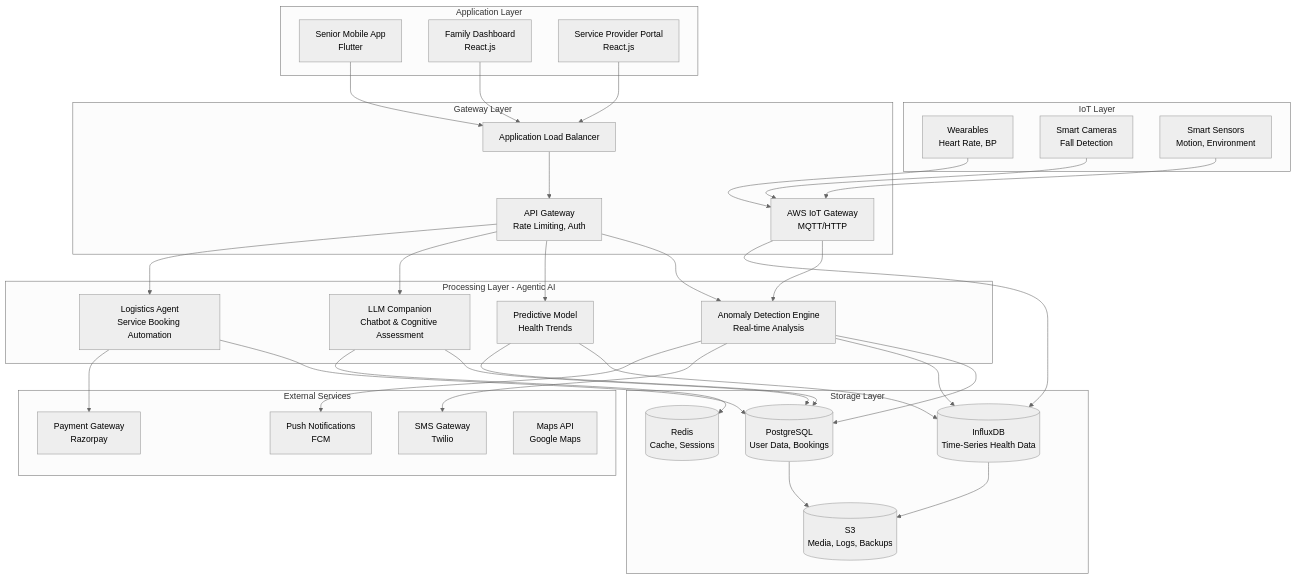
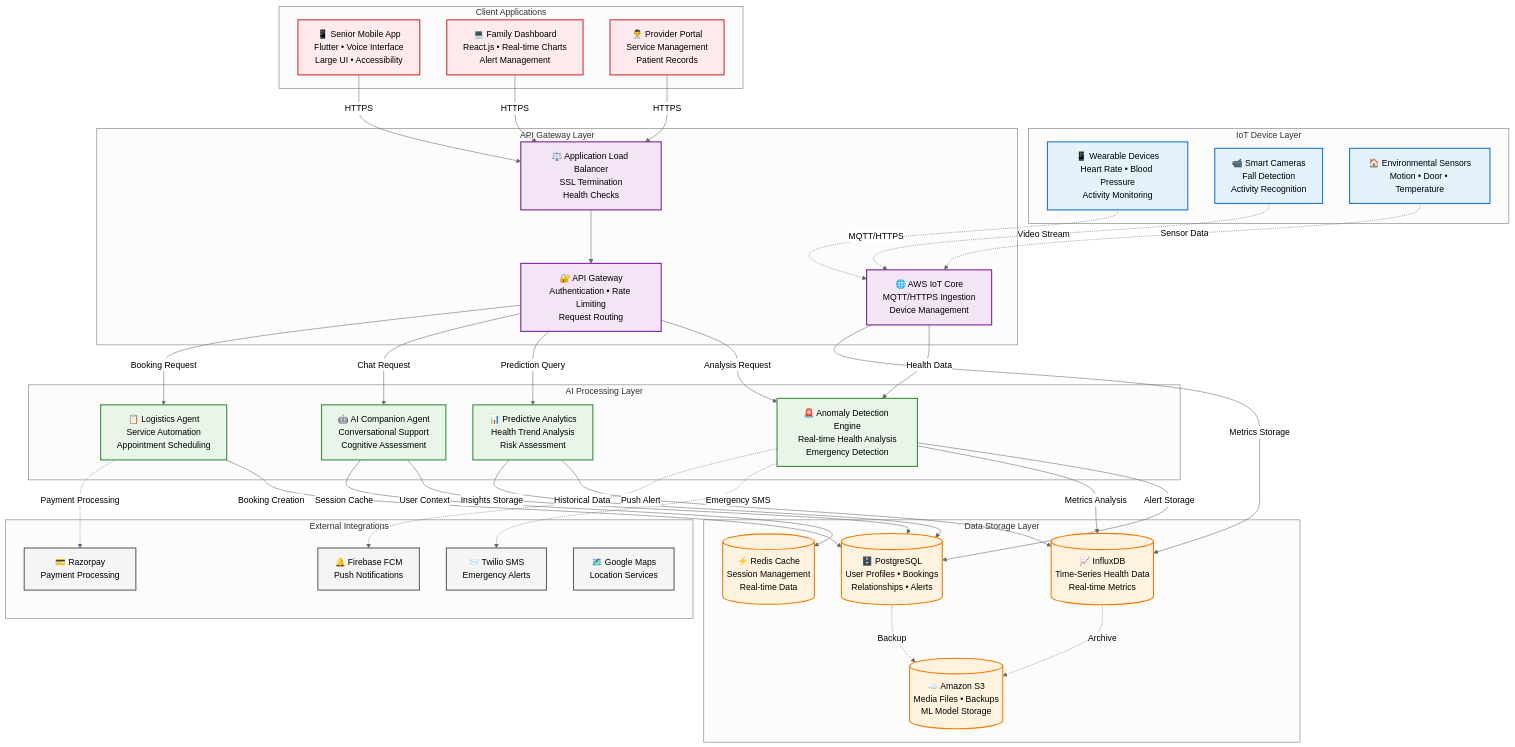
The diagram in technical-design.md (parthavpovil/AI-For-Bharat---We_Eat_blocks), drawn with Mermaid (neutral theme) before and after one commit. The commit also changed other lines of this file, not shown here.

Commit message:
docs(technical-design): Expand and restructure technical architecture documentation
- Add document metadata (version, date, document type) for clarity and tracking
- Introduce executive summary explaining WiseCare platform purpose and scope
- Add table of contents for improved navigation and document structure
- Enhance system architecture diagram with visual styling, icons, and detailed component labels
- Add component specifications table with technology stack, purpose, and SLA details
- Reorganize sections with numbered hierarchy for better document organization
- Expand architecture overview with specific performance metrics (99.9% uptime, sub-2-second response times)
- Improve diagram readability with color-coded layers and mermaid styling classes
- Add detailed data flow connections and integration points in architecture diagram
- Enhance documentation clarity for stakeholders and development team reference

````diff
--- a/technical-design.md
+++ b/technical-design.md
@@ -11,82 +33,90 @@
 ```mermaid
 graph TB
+    %% Styling
+    classDef iotLayer fill:#E3F2FD,stroke:#1976D2,stroke-width:2px
+    classDef gatewayLayer fill:#F3E5F5,stroke:#7B1FA2,stroke-width:2px
+    classDef processingLayer fill:#E8F5E8,stroke:#388E3C,stroke-width:2px
+    classDef storageLayer fill:#FFF3E0,stroke:#F57C00,stroke-width:2px
+    classDef appLayer fill:#FFEBEE,stroke:#D32F2F,stroke-width:2px
+    classDef externalLayer fill:#F5F5F5,stroke:#616161,stroke-width:2px
+
     %% IoT Layer
-    subgraph "IoT Layer"
-        W[Wearables<br/>Heart Rate, BP]
-        C[Smart Cameras<br/>Fall Detection]
-        S[Smart Sensors<br/>Motion, Environment]
+    subgraph "IoT Device Layer"
+        W[📱 Wearable Devices<br/>Heart Rate • Blood Pressure<br/>Activity Monitoring]:::iotLayer
+        C[📹 Smart Cameras<br/>Fall Detection<br/>Activity Recognition]:::iotLayer
+        S[🏠 Environmental Sensors<br/>Motion • Door • Temperature]:::iotLayer
     end
     
     %% Gateway Layer
-    subgraph "Gateway Layer"
-        IG[AWS IoT Gateway<br/>MQTT/HTTP]
-        ALB[Application Load Balancer]
-        AG[API Gateway<br/>Rate Limiting, Auth]
+    subgraph "API Gateway Layer"
+        IG[🌐 AWS IoT Core<br/>MQTT/HTTPS Ingestion<br/>Device Management]:::gatewayLayer
+        ALB[⚖️ Application Load Balancer<br/>SSL Termination<br/>Health Checks]:::gatewayLayer
+        AG[🔐 API Gateway<br/>Authentication • Rate Limiting<br/>Request Routing]:::gatewayLayer
     end
     
     %% Processing Layer
-    subgraph "Processing Layer - Agentic AI"
-        ADE[Anomaly Detection Engine<br/>Real-time Analysis]
-        PM[Predictive Model<br/>Health Trends]
-        LLM[LLM Companion<br/>Chatbot & Cognitive Assessment]
-        LA[Logistics Agent<br/>Service Booking Automation]
+    subgraph "AI Processing Layer"
+        ADE[🚨 Anomaly Detection Engine<br/>Real-time Health Analysis<br/>Emergency Detection]:::processingLayer
+        PM[📊 Predictive Analytics<br/>Health Trend Analysis<br/>Risk Assessment]:::processingLayer
+        LLM[🤖 AI Companion Agent<br/>Conversational Support<br/>Cognitive Assessment]:::processingLayer
+        LA[📋 Logistics Agent<br/>Service Automation<br/>Appointment Scheduling]:::processingLayer
     end
     
     %% Storage Layer
-    subgraph "Storage Layer"
-        PG[(PostgreSQL<br/>User Data, Bookings)]
-        TS[(InfluxDB<br/>Time-Series Health Data)]
-        S3[(S3<br/>Media, Logs, Backups)]
-        REDIS[(Redis<br/>Cache, Sessions)]
+    subgraph "Data Storage Layer"
+        PG[(🗄️ PostgreSQL<br/>User Profiles • Bookings<br/>Relationships • Alerts)]:::storageLayer
+        TS[(📈 InfluxDB<br/>Time-Series Health Data<br/>Real-time Metrics)]:::storageLayer
+        S3[(☁️ Amazon S3<br/>Media Files • Backups<br/>ML Model Storage)]:::storageLayer
+        REDIS[(⚡ Redis Cache<br/>Session Management<br/>Real-time Data)]:::storageLayer
     end
     
     %% Application Layer
-    subgraph "Application Layer"
-        SA[Senior Mobile App<br/>Flutter]
-        FD[Family Dashboard<br/>React.js]
-        SP[Service Provider Portal<br/>React.js]
+    subgraph "Client Applications"
+        SA[📱 Senior Mobile App<br/>Flutter • Voice Interface<br/>Large UI • Accessibility]:::appLayer
+        FD[💻 Family Dashboard<br/>React.js • Real-time Charts<br/>Alert Management]:::appLayer
+        SP[👨‍⚕️ Provider Portal<br/>Service Management<br/>Patient Records]:::appLayer
     end
     
     %% External Services
-    subgraph "External Services"
-        SMS[SMS Gateway<br/>Twilio]
-        PUSH[Push Notifications<br/>FCM]
-        PAY[Payment Gateway<br/>Razorpay]
-        MAP[Maps API<br/>Google Maps]
+    subgraph "External Integrations"
+        SMS[📨 Twilio SMS<br/>Emergency Alerts]:::externalLayer
+        PUSH[🔔 Firebase FCM<br/>Push Notifications]:::externalLayer
+        PAY[💳 Razorpay<br/>Payment Processing]:::externalLayer
+        MAP[🗺️ Google Maps<br/>Location Services]:::externalLayer
     end
     
-    %% Connections
-    W --> IG
-    C --> IG
-    S --> IG
+    %% Data Flow Connections
+    W -.->|MQTT/HTTPS| IG
+    C -.->|Video Stream| IG
+    S -.->|Sensor Data| IG
     
-    IG --> ADE
-    IG --> TS
+    IG -->|Health Data| ADE
+    IG -->|Metrics Storage| TS
     
-    SA --> ALB
-    FD --> ALB
-    SP --> ALB
+    SA -->|HTTPS| ALB
+    FD -->|HTTPS| ALB
+    SP -->|HTTPS| ALB
     ALB --> AG
     
-    AG --> ADE
-    AG --> PM
-    AG --> LLM
-    AG --> LA
+    AG -->|Analysis Request| ADE
+    AG -->|Prediction Query| PM
+    AG -->|Chat Request| LLM
+    AG -->|Booking Request| LA
     
-    ADE --> PG
-    ADE --> TS
-    ADE --> SMS
-    ADE --> PUSH
+    ADE -->|Alert Storage| PG
+    ADE -->|Metrics Analysis| TS
+    ADE -.->|Emergency SMS| SMS
+    ADE -.->|Push Alert| PUSH
     
-    PM --> TS
-    PM --> PG
+    PM -->|Historical Data| TS
+    PM -->|Insights Storage| PG
     
-    LLM --> PG
-    LLM --> REDIS
+    LLM -->|User Context| PG
+    LLM -->|Session Cache| REDIS
     
-    LA --> PG
-    LA --> PAY
+    LA -->|Booking Creation| PG
+    LA -.->|Payment Processing| PAY
     
-    PG --> S3
-    TS --> S3
+    PG -.->|Backup| S3
+    TS -.->|Archive| S3
 ```
````
